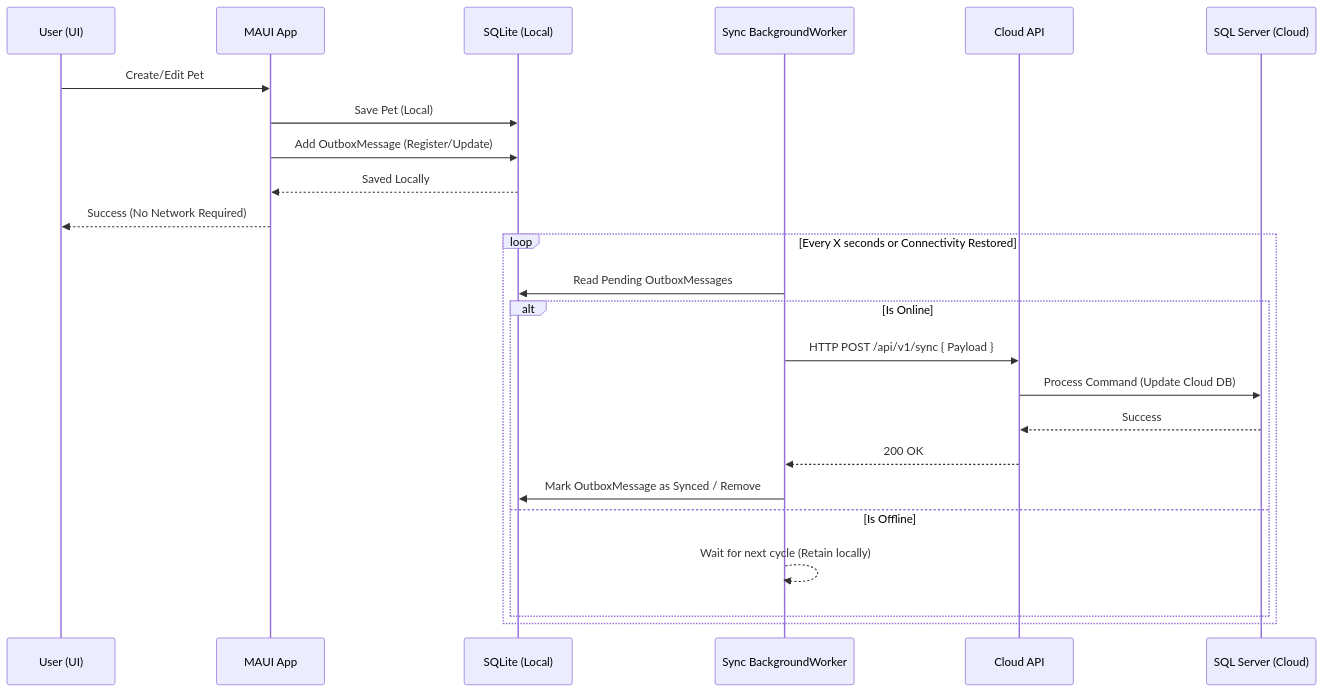
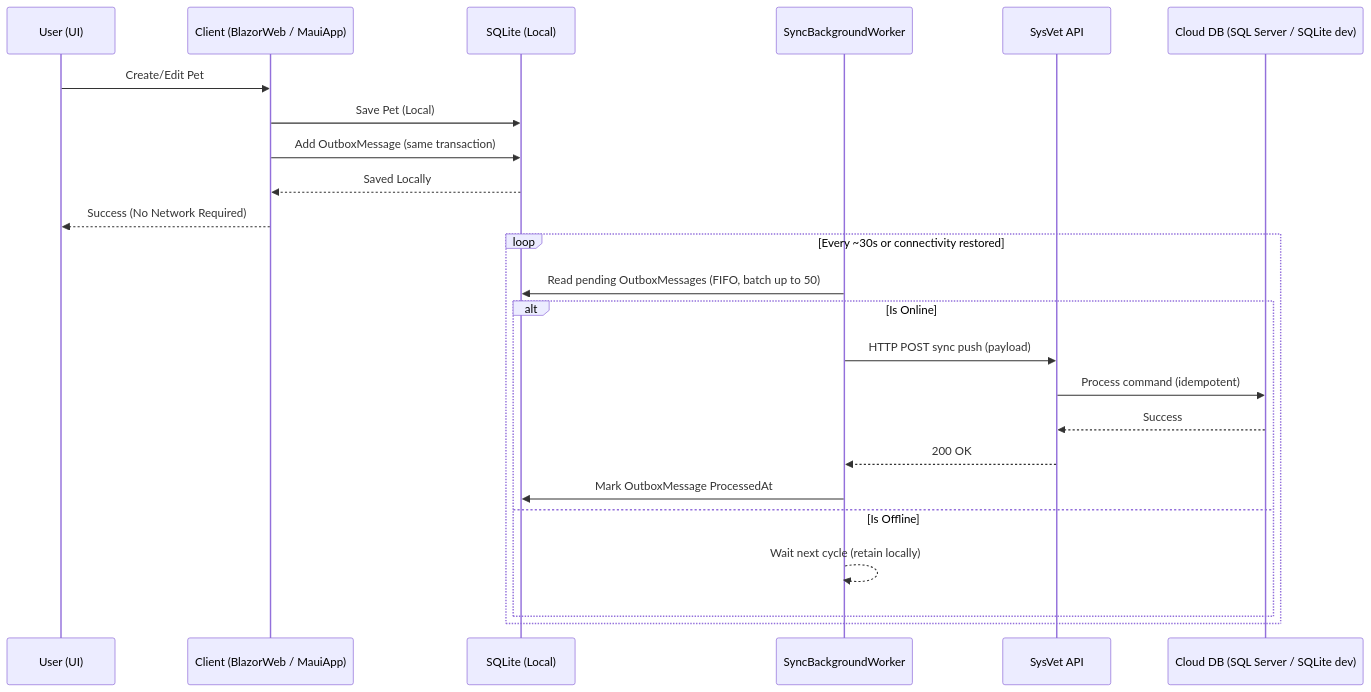
One commit to ronaldocestrela/sysvet changed the diagram in docs/diagramas/sync-sequence.mmd. Above: the diagram before and after it, drawn with Mermaid. The commit also changed 15 other files, not shown here.

```diff
--- a/docs/diagramas/sync-sequence.mmd
+++ b/docs/diagramas/sync-sequence.mmd
@@ -1,26 +1,26 @@
 sequenceDiagram
     participant U as User (UI)
-    participant M as MAUI App
+    participant C as Client (BlazorWeb / MauiApp)
     participant DB as SQLite (Local)
-    participant B as Sync BackgroundWorker
-    participant API as Cloud API
-    participant CDB as SQL Server (Cloud)
+    participant B as SyncBackgroundWorker
+    participant API as SysVet API
+    participant CDB as Cloud DB (SQL Server / SQLite dev)
 
-    U->>M: Create/Edit Pet
-    M->>DB: Save Pet (Local)
-    M->>DB: Add OutboxMessage (Register/Update)
-    DB-->>M: Saved Locally
-    M-->>U: Success (No Network Required)
+    U->>C: Create/Edit Pet
+    C->>DB: Save Pet (Local)
+    C->>DB: Add OutboxMessage (same transaction)
+    DB-->>C: Saved Locally
+    C-->>U: Success (No Network Required)
 
-    loop Every X seconds or Connectivity Restored
-        B->>DB: Read Pending OutboxMessages
+    loop Every ~30s or connectivity restored
+        B->>DB: Read pending OutboxMessages (FIFO, batch up to 50)
         alt Is Online
-            B->>API: HTTP POST /api/v1/sync { Payload }
-            API->>CDB: Process Command (Update Cloud DB)
+            B->>API: HTTP POST sync push (payload)
+            API->>CDB: Process command (idempotent)
             CDB-->>API: Success
             API-->>B: 200 OK
-            B->>DB: Mark OutboxMessage as Synced / Remove
+            B->>DB: Mark OutboxMessage ProcessedAt
         else Is Offline
-            B-->>B: Wait for next cycle (Retain locally)
+            B-->>B: Wait next cycle (retain locally)
         end
     end
```
